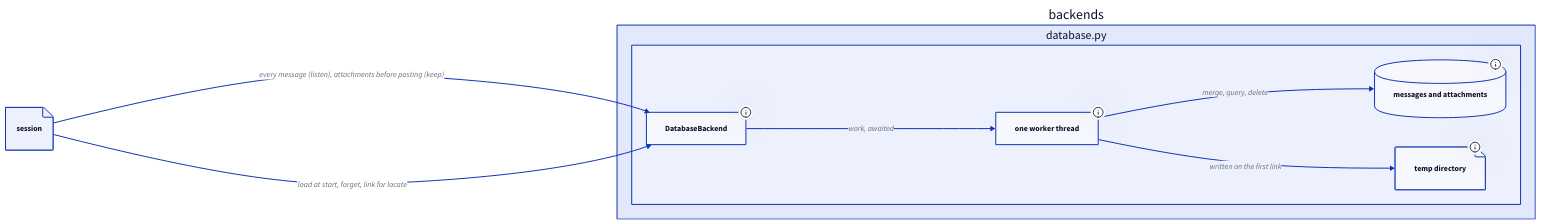
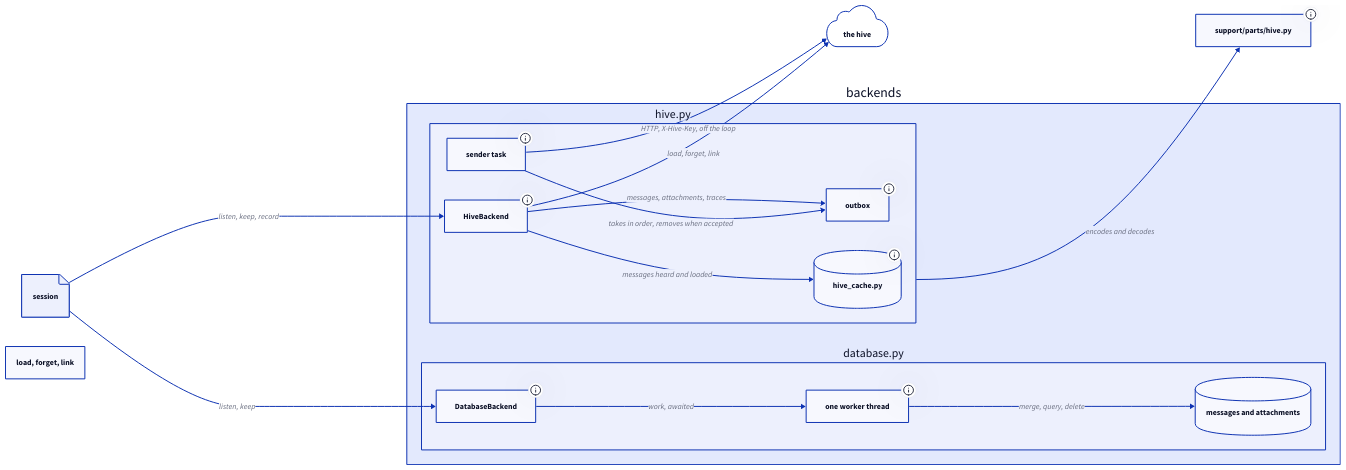
One commit to lcmonteiro/chatinho changed the diagram in src/chatinho/backends/docs/diagrams/backends-blocks.d2. Above: the diagram before and after it, drawn with D2. The commit also changed 43 other files, not shown here.

```diff
--- a/src/chatinho/backends/docs/diagrams/backends-blocks.d2
+++ b/src/chatinho/backends/docs/diagrams/backends-blocks.d2
@@ -1,29 +1,50 @@
 direction: right
 
 session: session {
   shape: page
+}
+wire: support/parts/hive.py {
+  tooltip: "the JSON a chat and the hive exchange, the paths and the key header"
+}
+hive: the hive {
+  shape: cloud
 }
 backends: backends {
   db: database.py {
     backend: DatabaseBackend {
       tooltip: "listen, load, forget, keep, link; initialize and shutdown"
     }
     worker: one worker thread {
       tooltip: "every SQLAlchemy call runs here, in order, off the loop"
     }
     tables: messages and attachments {
       shape: cylinder
-      tooltip: "ArchivedMessage keyed by message id; ArchivedAttachment keyed by (msg_id, name)"
-    }
-    files: temp directory {
-      shape: page
-      tooltip: "a file per linked attachment, removed at shutdown"
     }
     backend -> worker: work, awaited
     worker -> tables: merge, query, delete
-    worker -> files: written on the first link
+  }
+  remote: hive.py {
+    backend: HiveBackend {
+      tooltip: "listen, load, forget, keep, link, record; initialize and shutdown"
+    }
+    outbox: outbox {
+      tooltip: "in memory, or the cache's outbox table; bounded by queue_limit"
+    }
+    sender: sender task {
+      tooltip: "sends the outbox in order, in batches, retrying with backoff"
+    }
+    cache: hive_cache.py {
+      shape: cylinder
+      tooltip: "optional SQLite file: meta, messages, attachments, outbox"
+    }
+    backend -> outbox: messages, attachments, traces
+    sender -> outbox: takes in order, removes when accepted
+    backend -> cache: messages heard and loaded
   }
 }
 
-session -> backends.db.backend: every message (listen), attachments before posting (keep)
-session -> backends.db.backend: load at start, forget, link for locate
+session -> backends.db.backend: listen, keep; load, forget, link
+session -> backends.remote.backend: listen, keep, record; load, forget, link
+backends.remote.sender -> hive: HTTP, X-Hive-Key, off the loop
+backends.remote.backend -> hive: load, forget, link
+backends.remote -> wire: encodes and decodes
```
